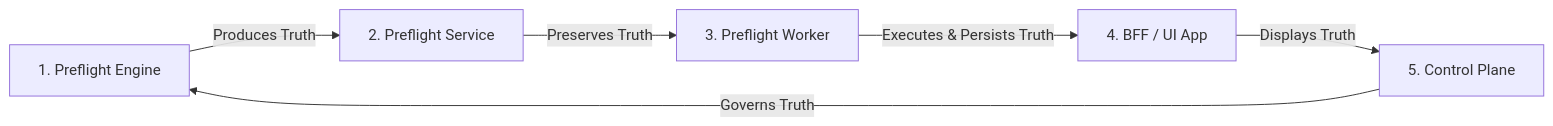
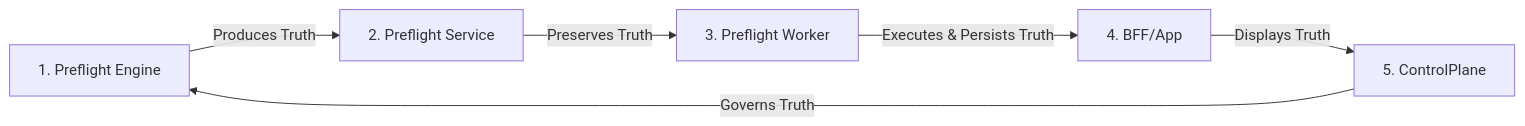
The diagram in docs/phases/phase-35-5-production-freeze.md (drleuman/printprice-docs), drawn with Mermaid before and after one commit. The commit also changed other lines of this file and 15 other files, not shown here.

Commit message:
docs: perform editorial hardening, fix Mermaid sequence syntax, apply Docusaurus native admonitions, clean up certified language, add missing frontmatter, and implement adaptive homepage dark mode styling

````diff
--- a/docs/phases/phase-35-5-production-freeze.md
+++ b/docs/phases/phase-35-5-production-freeze.md
@@ -36,8 +36,8 @@
 ```mermaid
 graph LR
     Engine[1. Preflight Engine] -->|Produces Truth| Service[2. Preflight Service]
     Service -->|Preserves Truth| Worker[3. Preflight Worker]
-    Worker -->|Executes & Persists Truth| BFF[4. BFF / UI App]
-    BFF -->|Displays Truth| CP[5. Control Plane]
+    Worker -->|Executes & Persists Truth| BFF[4. BFF/App]
+    BFF -->|Displays Truth| CP[5. ControlPlane]
     CP -->|Governs Truth| Engine
 ```
````
